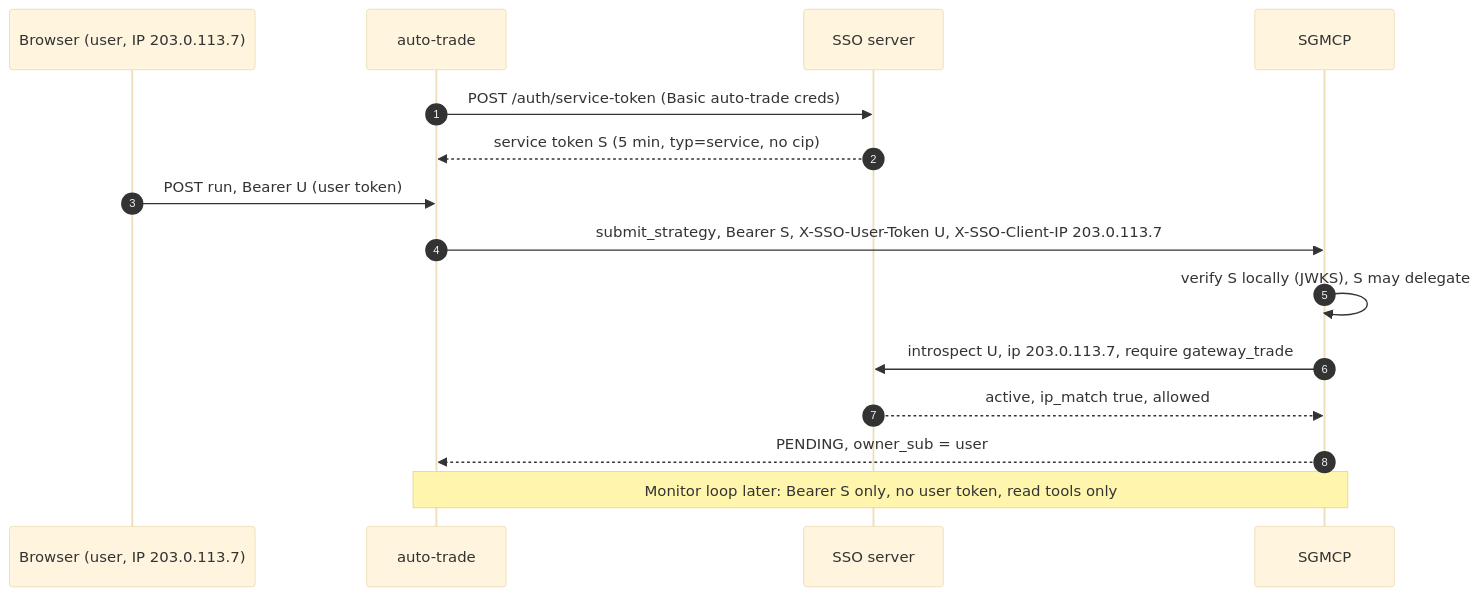
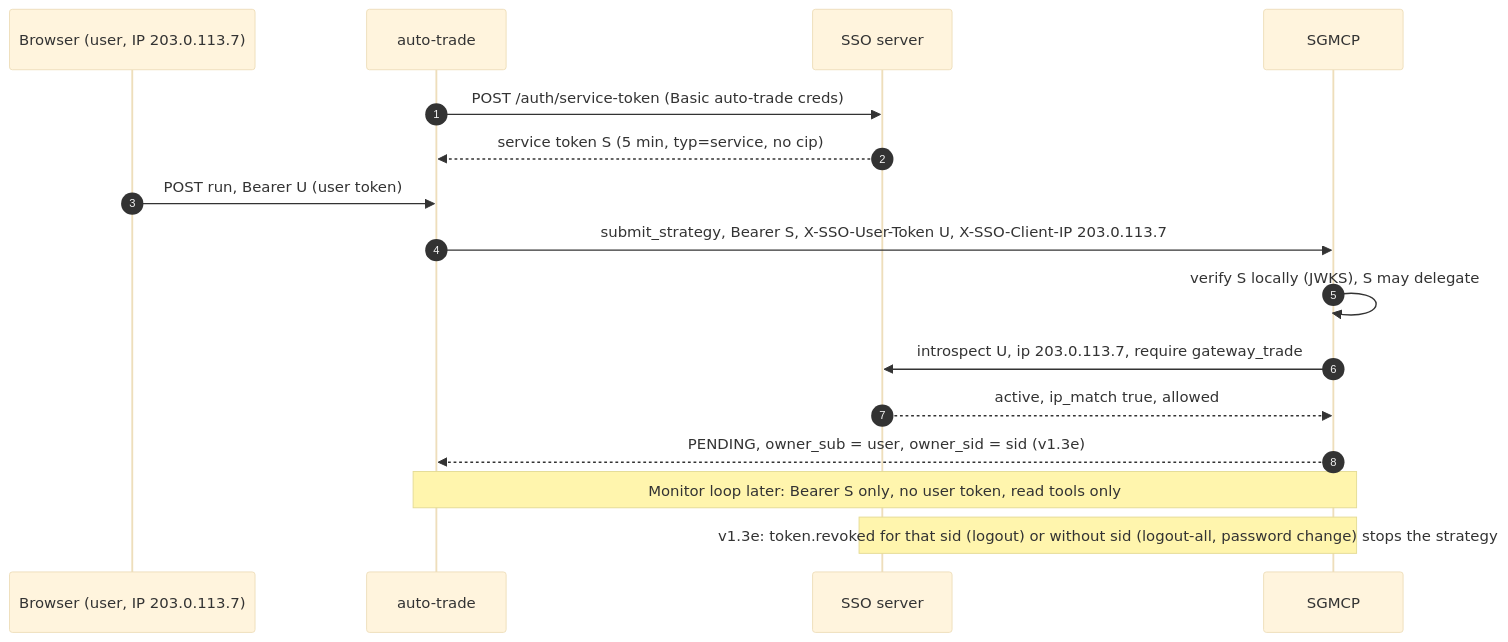
One commit to Neural-Matrix-LLC/SSO-server changed the fifth of 18 diagrams in docs/ECOSYSTEM-INTEGRATION.md. Above: the diagram before and after it, drawn with Mermaid (base theme). The commit also changed other lines of this file and 17 other files, not shown here.

````diff
--- a/docs/ECOSYSTEM-INTEGRATION.md
+++ b/docs/ECOSYSTEM-INTEGRATION.md
@@ -308,17 +314,18 @@
 ```mermaid
 sequenceDiagram
   autonumber
   participant B as Browser (user, IP 203.0.113.7)
   participant AT as auto-trade
   participant SSO as SSO server
   participant GW as SGMCP
   AT->>SSO: POST /auth/service-token (Basic auto-trade creds)
   SSO-->>AT: service token S (5 min, typ=service, no cip)
   B->>AT: POST run, Bearer U (user token)
   AT->>GW: submit_strategy, Bearer S, X-SSO-User-Token U, X-SSO-Client-IP 203.0.113.7
   GW->>GW: verify S locally (JWKS), S may delegate
   GW->>SSO: introspect U, ip 203.0.113.7, require gateway_trade
   SSO-->>GW: active, ip_match true, allowed
-  GW-->>AT: PENDING, owner_sub = user
+  GW-->>AT: PENDING, owner_sub = user, owner_sid = sid (v1.3e)
   Note over AT,GW: Monitor loop later: Bearer S only, no user token, read tools only
+  Note over GW,SSO: v1.3e: token.revoked for that sid (logout) or without sid (logout-all, password change) stops the strategy
 ```
````
